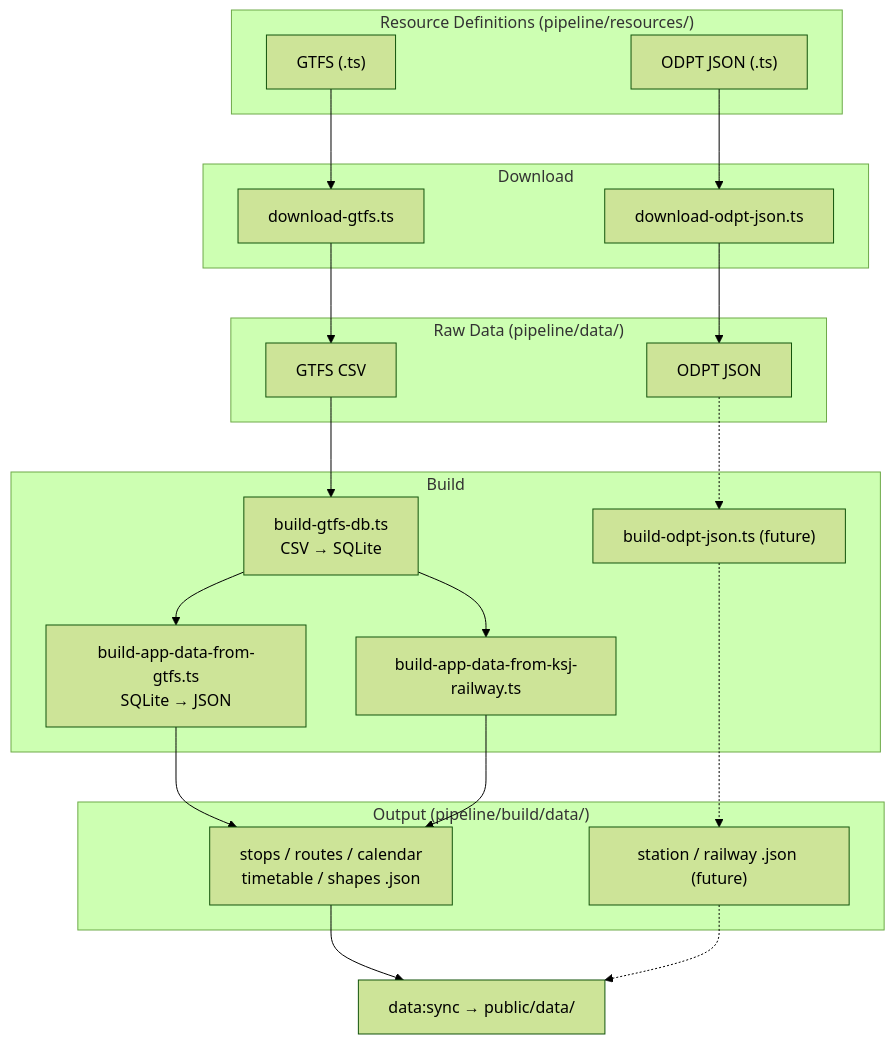
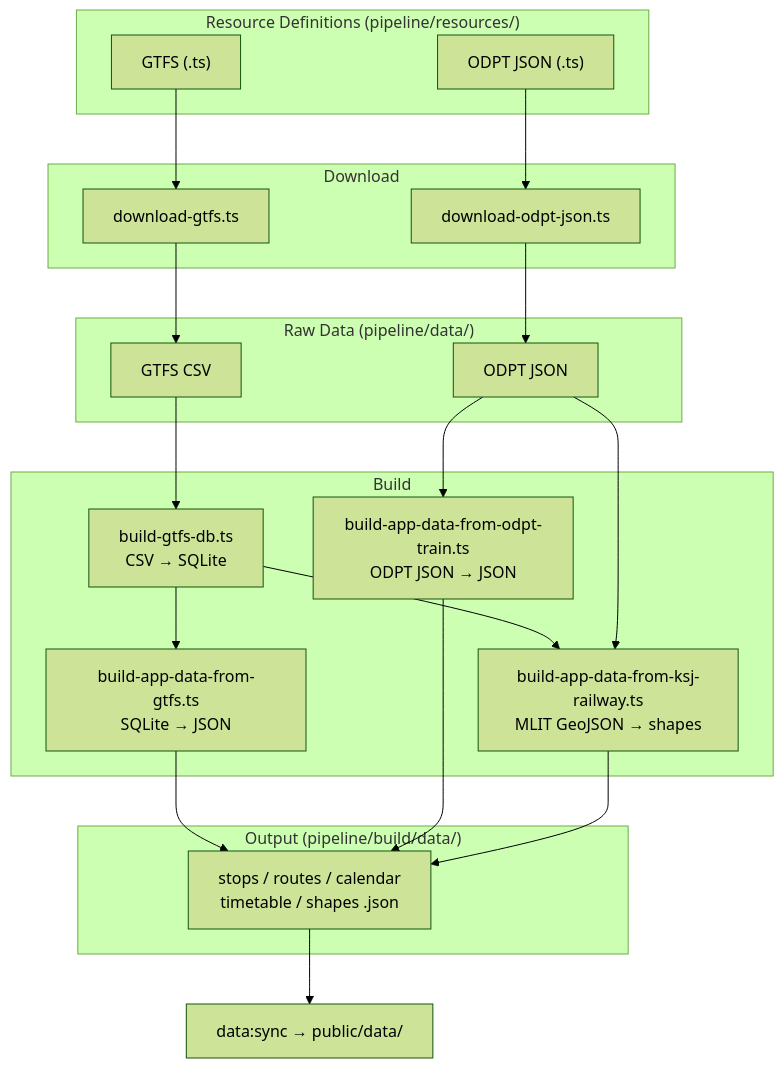
Before and after one commit to F88/athenai-transit: the diagram in pipeline/README.md, drawn with Mermaid (forest theme). The commit also changed other lines of this file and 7 other files, not shown here.

First line of the commit message:
docs(pipeline): update docs for ODPT Train and multi-target shapes

````diff
--- a/pipeline/README.md
+++ b/pipeline/README.md
@@ -56,33 +58,33 @@
 ```mermaid
 flowchart TD
     subgraph src["Resource Definitions (pipeline/resources/)"]
         GR["GTFS (.ts)"]
         OR["ODPT JSON (.ts)"]
     end
 
     subgraph dl["Download"]
         GR --> DG["download-gtfs.ts"]
         OR --> DO["download-odpt-json.ts"]
     end
 
     subgraph raw["Raw Data (pipeline/data/)"]
         DG --> CSV["GTFS CSV"]
         DO --> OJSON["ODPT JSON"]
     end
 
     subgraph build["Build"]
         CSV --> DB["build-gtfs-db.ts<br/>CSV → SQLite"]
         DB --> BJ["build-app-data-from-gtfs.ts<br/>SQLite → JSON"]
-        DB --> BS["build-app-data-from-ksj-railway.ts"]
-        OJSON -.-> BO["build-odpt-json.ts (future)"]
+        OJSON --> BO["build-app-data-from-odpt-train.ts<br/>ODPT JSON → JSON"]
+        DB --> BS["build-app-data-from-ksj-railway.ts<br/>MLIT GeoJSON → shapes"]
+        OJSON --> BS
     end
 
     subgraph out["Output (pipeline/build/data/)"]
         BJ --> JSON["stops / routes / calendar<br/>timetable / shapes .json"]
+        BO --> JSON
         BS --> JSON
-        BO -.-> JSON2["station / railway .json (future)"]
     end
 
     JSON --> SYNC["data:sync → public/data/"]
-    JSON2 -.-> SYNC
 ```
````
